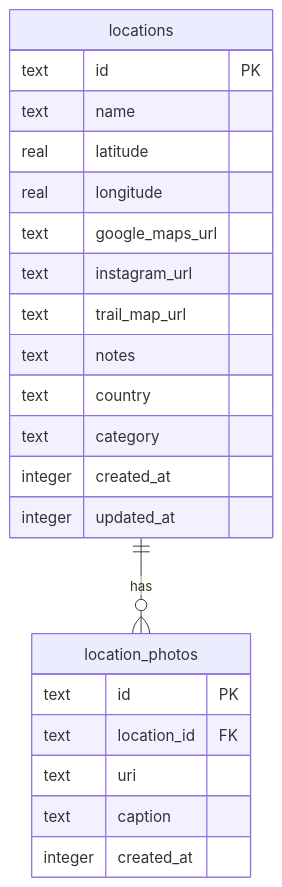
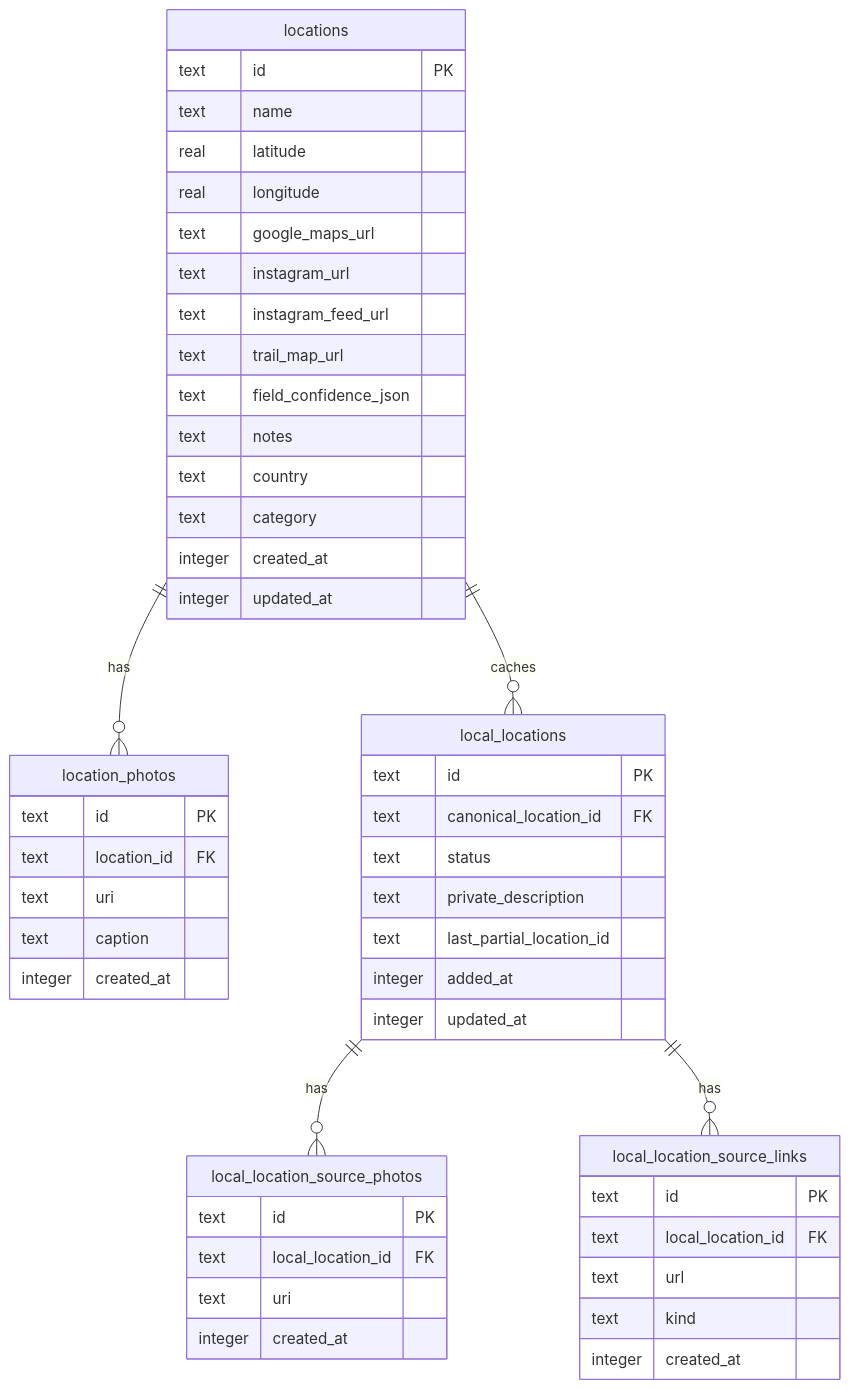
Before and after one commit to zhengraymond2/traveler: the first of 2 diagrams in src/db/README.md, drawn with Mermaid. The commit also changed other lines of this file and 12 other files, not shown here.

Commit message:
feat: add local location cache schema

````diff
--- a/src/db/README.md
+++ b/src/db/README.md
@@ -7,27 +7,57 @@
 ```mermaid
 erDiagram
   locations ||--o{ location_photos : has
+  locations ||--o{ local_locations : caches
+  local_locations ||--o{ local_location_source_photos : has
+  local_locations ||--o{ local_location_source_links : has
 
   locations {
     text id PK
     text name
     real latitude
     real longitude
     text google_maps_url
     text instagram_url
+    text instagram_feed_url
     text trail_map_url
+    text field_confidence_json
     text notes
     text country
     text category
     integer created_at
     integer updated_at
   }
 
   location_photos {
     text id PK
     text location_id FK
     text uri
     text caption
     integer created_at
   }
+
+  local_locations {
+    text id PK
+    text canonical_location_id FK
+    text status
+    text private_description
+    text last_partial_location_id
+    integer added_at
+    integer updated_at
+  }
+
+  local_location_source_photos {
+    text id PK
+    text local_location_id FK
+    text uri
+    integer created_at
+  }
+
+  local_location_source_links {
+    text id PK
+    text local_location_id FK
+    text url
+    text kind
+    integer created_at
+  }
 ```
````
